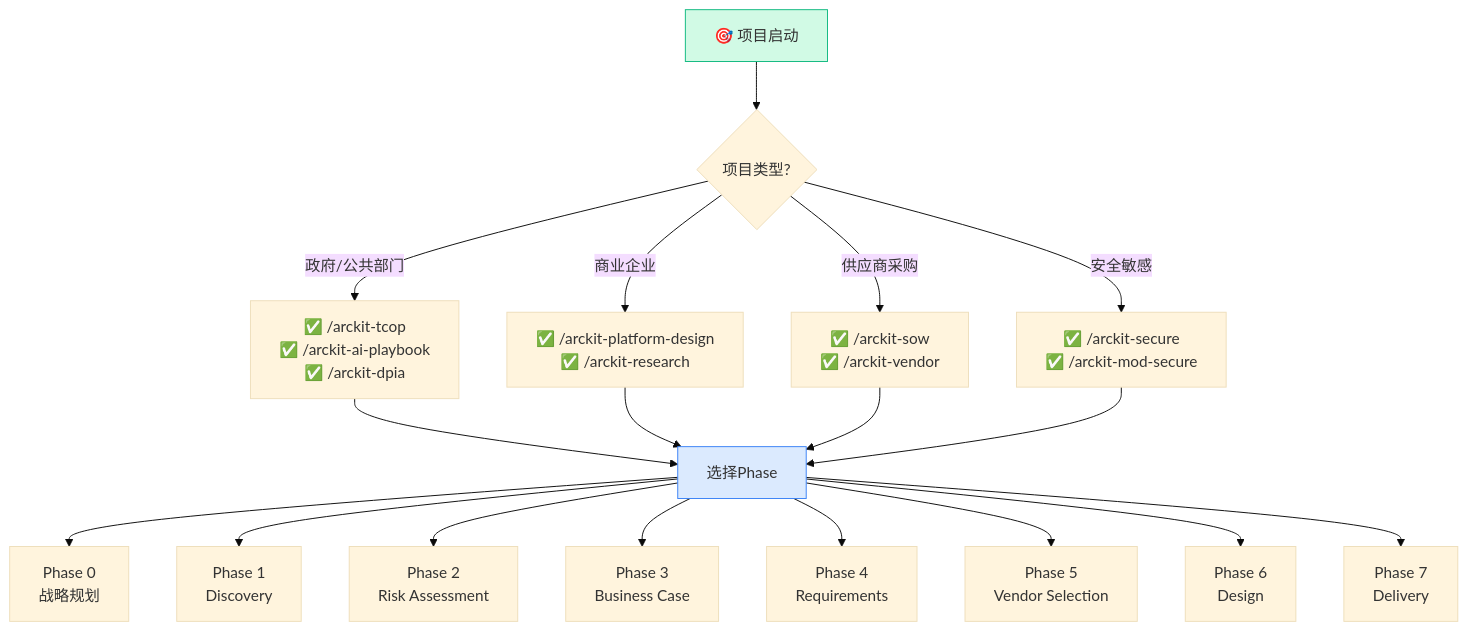
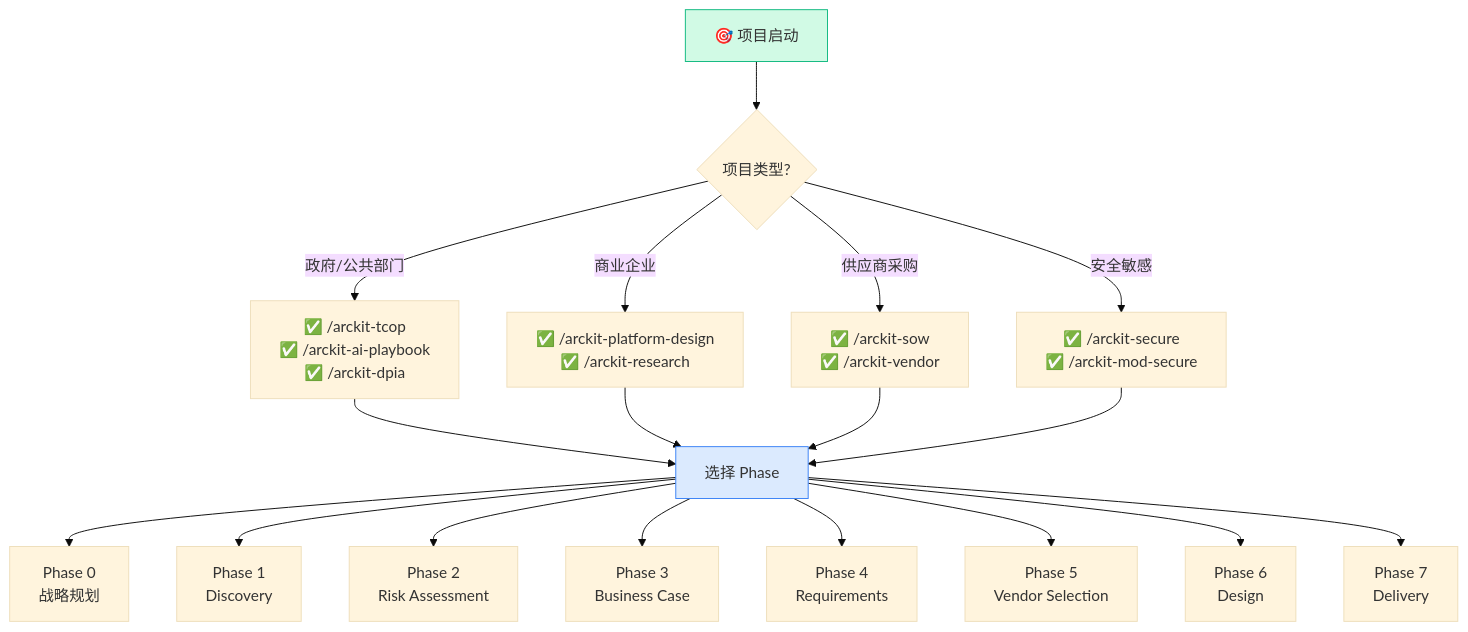
The sixth of 6 diagrams in content/posts/tech/arc-kit-enterprise-architecture-governance.md (A1pha3/text-matrix), drawn with Mermaid (base theme) before and after one commit. The commit also changed other lines of this file and 221 other files, not shown here.

````diff
--- a/content/posts/tech/arc-kit-enterprise-architecture-governance.md
+++ b/content/posts/tech/arc-kit-enterprise-architecture-governance.md
@@ -650,34 +649,34 @@
 ```mermaid
 flowchart TD
     START["🎯 项目启动"] --> Q1{项目类型?}
     Q1 -->|政府/公共部门| GOV["✅ /arckit-tcop
 ✅ /arckit-ai-playbook
 ✅ /arckit-dpia"]
     Q1 -->|商业企业| BIZ["✅ /arckit-platform-design
 ✅ /arckit-research"]
     Q1 -->|供应商采购| VENDOR["✅ /arckit-sow
 ✅ /arckit-vendor"]
     Q1 -->|安全敏感| SEC["✅ /arckit-secure
 ✅ /arckit-mod-secure"]
     
-    GOV & BIZ & VENDOR & SEC --> PHASE["选择Phase"]
+    GOV & BIZ & VENDOR & SEC --> PHASE["选择 Phase"]
     PHASE --> P0["Phase 0
 战略规划"]
     PHASE --> P1["Phase 1
 Discovery"]
     PHASE --> P2["Phase 2
 Risk Assessment"]
     PHASE --> P3["Phase 3
 Business Case"]
     PHASE --> P4["Phase 4
 Requirements"]
     PHASE --> P5["Phase 5
 Vendor Selection"]
     PHASE --> P6["Phase 6
 Design"]
     PHASE --> P7["Phase 7
 Delivery"]
     
     style START fill:#d1fae5,stroke:#10b981
     style PHASE fill:#dbeafe,stroke:#3b82f6
 ```
````
